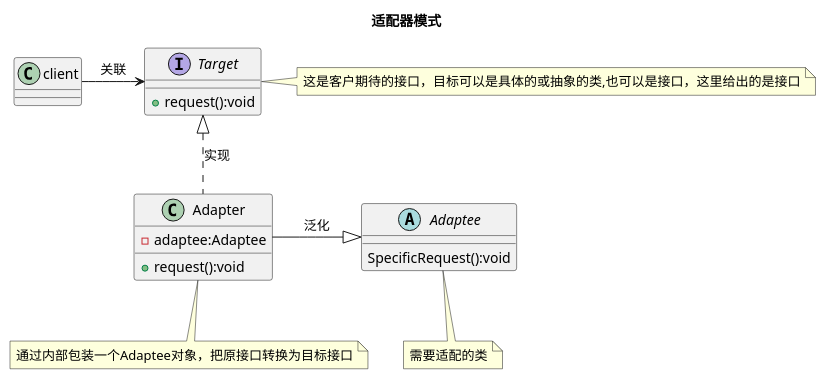
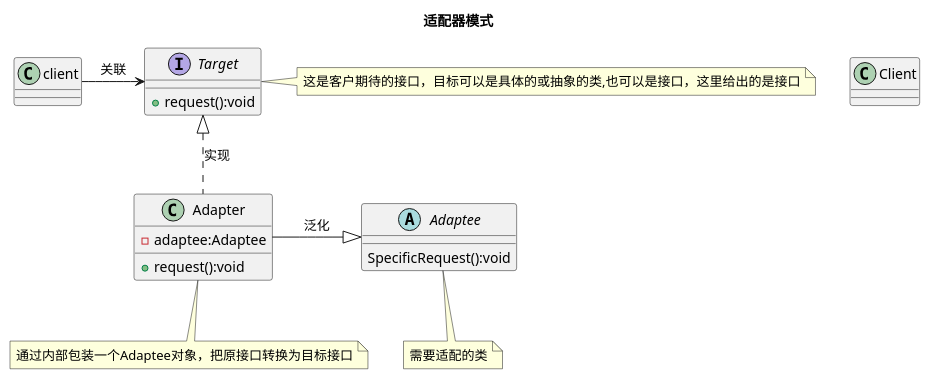
Before and after one commit to MikeWrong/uml: the diagram in 结构型模式/适配器模式/适配器模式.puml, drawn with PlantUML. The commit also changed 7 other files, not shown here.

```diff
--- a/结构型模式/适配器模式/适配器模式.puml
+++ b/结构型模式/适配器模式/适配器模式.puml
@@ -1,30 +1,30 @@
 @startuml
 title:适配器模式
 
-class client
+class Client
 
 /'目标接口（Target）：客户所期待的接口。目标可以是具体的或抽象的类，也可以是接口。'/
 interface Target{
 +request():void
 }
 note right:这是客户期待的接口，目标可以是具体的或抽象的类,也可以是接口，这里给出的是接口
 
 
 /'适配器（Adapter）：通过包装一个需要适配的对象，把原接口转换成目标接口。'/
 class Adapter{
 -adaptee:Adaptee
 +request():void
 }
 note bottom:通过内部包装一个Adaptee对象，把原接口转换为目标接口
 
 /'需要适配的类（Adaptee）：需要适配的类或适配者类。'/
 abstract class Adaptee{
 SpecificRequest():void
 }
 note bottom:需要适配的类
 
 client -right-> Target:关联
 Adapter -right-|> Adaptee:泛化
 Target <|.down. Adapter:实现
 
 @enduml
```
